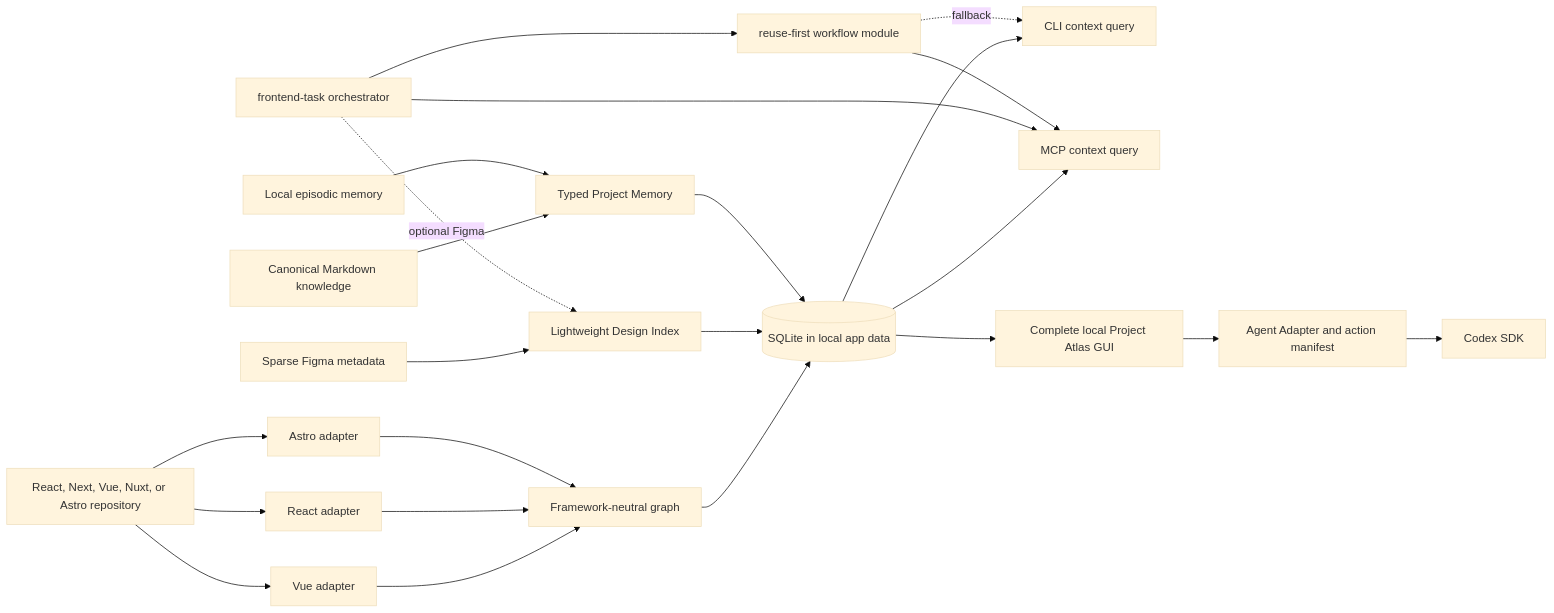
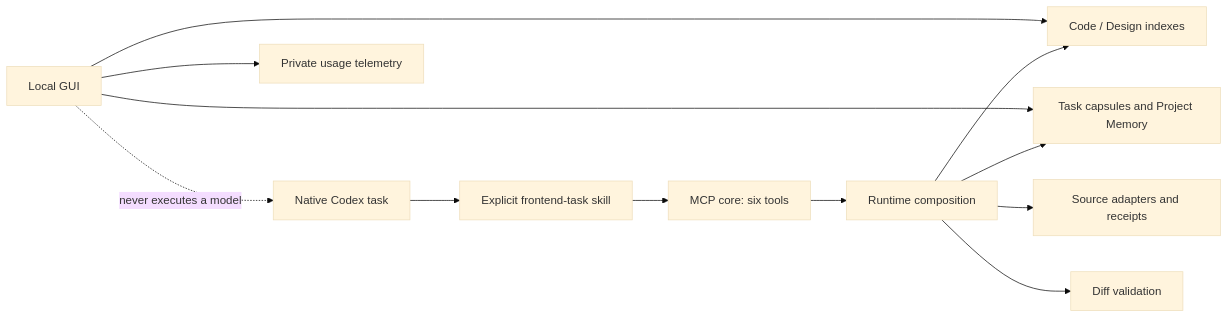
One commit to jesus-molano/project-atlas changed the diagram in docs/architecture.md. Above: the diagram before and after it, drawn with Mermaid (base theme). The commit also changed other lines of this file and 151 other files, not shown here.

Commit message:
refactor Atlas for Codex-native frontend workflows

````diff
--- a/docs/architecture.md
+++ b/docs/architecture.md
@@ -7,44 +5,14 @@
 ```mermaid
 flowchart LR
-  R[React, Next, Vue, Nuxt, or Astro repository]
-  V[Vue adapter]
-  X[React adapter]
-  O[Astro adapter]
-  G[Framework-neutral graph]
-  F[Sparse Figma metadata]
-  D[Lightweight Design Index]
-  H[Canonical Markdown knowledge]
-  E[Local episodic memory]
-  P[Typed Project Memory]
-  S[(SQLite in local app data)]
-  C[CLI context query]
-  M[MCP context query]
-  W[Complete local Project Atlas GUI]
-  Q[Agent Adapter and action manifest]
-  Z[Codex SDK]
-  T[frontend-task orchestrator]
-  K[reuse-first workflow module]
-
-  R --> V
-  R --> X
-  R --> O
-  V --> G
-  X --> G
-  O --> G
-  F --> D
-  G --> S
-  D --> S
-  H --> P
-  E --> P
-  P --> S
-  S --> C
-  S --> M
-  S --> W
-  W --> Q
-  Q --> Z
-  T --> M
-  T -. optional Figma .-> D
-  T --> K
-  K --> M
-  K -. fallback .-> C
+  C["Native Codex task"] --> S["Explicit frontend-task skill"]
+  S --> M["MCP core: six tools"]
+  M --> R["Runtime composition"]
+  R --> I["Code / Design indexes"]
+  R --> O["Source adapters and receipts"]
+  R --> P["Task capsules and Project Memory"]
+  R --> V["Diff validation"]
+  G["Local GUI"] --> I
+  G --> P
+  G --> T["Private usage telemetry"]
+  G -. "never executes a model" .-> C
 ```
````
